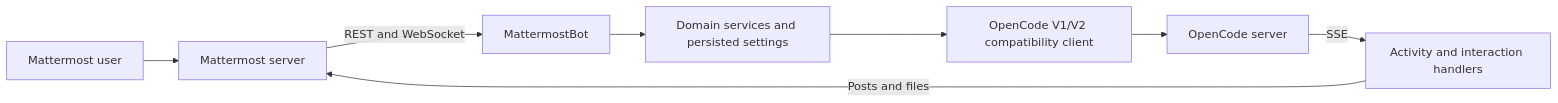
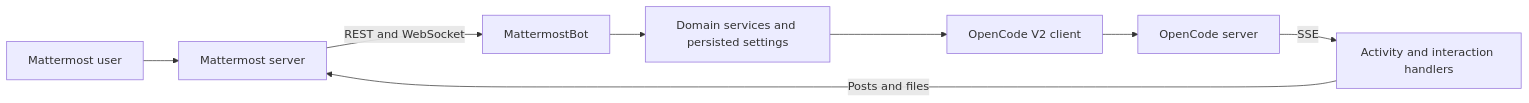
The diagram in CONCEPT.md (m407/opencode-mattermost-bot), drawn with Mermaid before and after one commit. The commit also changed other lines of this file and 53 other files, not shown here.

Commit message:
refactor: remove OpenCode V1 support

````diff
--- a/CONCEPT.md
+++ b/CONCEPT.md
@@ -3,10 +3,10 @@
 ```mermaid
 flowchart LR
   U[Mattermost user] --> MM[Mattermost server]
   MM -->|REST and WebSocket| B[MattermostBot]
   B --> D[Domain services and persisted settings]
-  D --> SDK[OpenCode V1/V2 compatibility client]
+  D --> SDK[OpenCode V2 client]
   SDK --> O[OpenCode server]
   O -->|SSE| A[Activity and interaction handlers]
   A -->|Posts and files| MM
 ```
````
